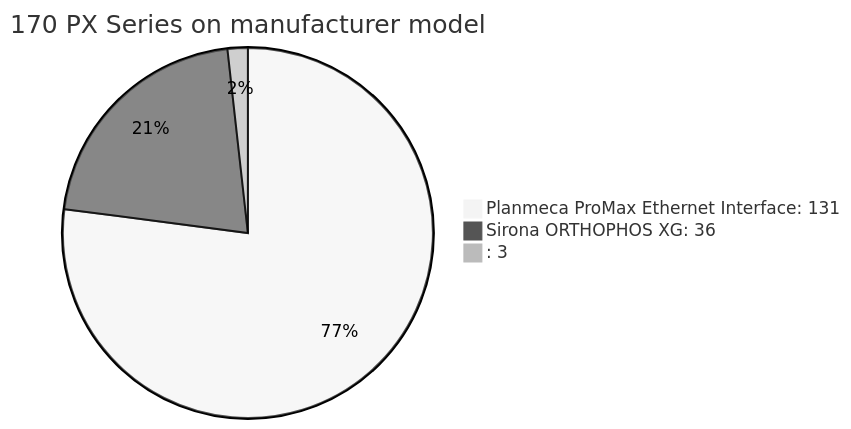
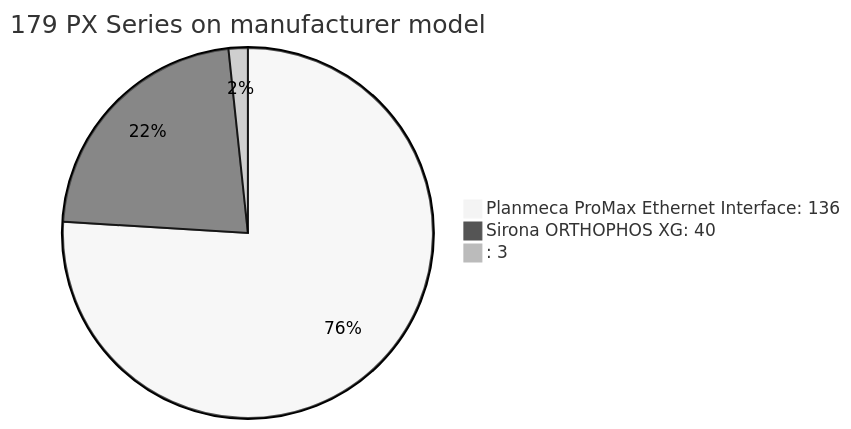
One commit to doidio/nonapx changed diagram 15 of 27 in a1_raw_dicom.md. Above: the diagram before and after it, drawn with Mermaid (neutral theme). The commit also changed other lines of this file and 1 other file, not shown here.

````diff
--- a/a1_raw_dicom.md
+++ b/a1_raw_dicom.md
@@ -117,6 +129,6 @@
 ```mermaid
-pie title 170 PX Series on manufacturer model
-    "Planmeca ProMax Ethernet Interface: 131" : 131
-    "Sirona ORTHOPHOS XG: 36" : 36
+pie title 179 PX Series on manufacturer model
+    "Planmeca ProMax Ethernet Interface: 136" : 136
+    "Sirona ORTHOPHOS XG: 40" : 40
     ": 3" : 3
 ```
````
